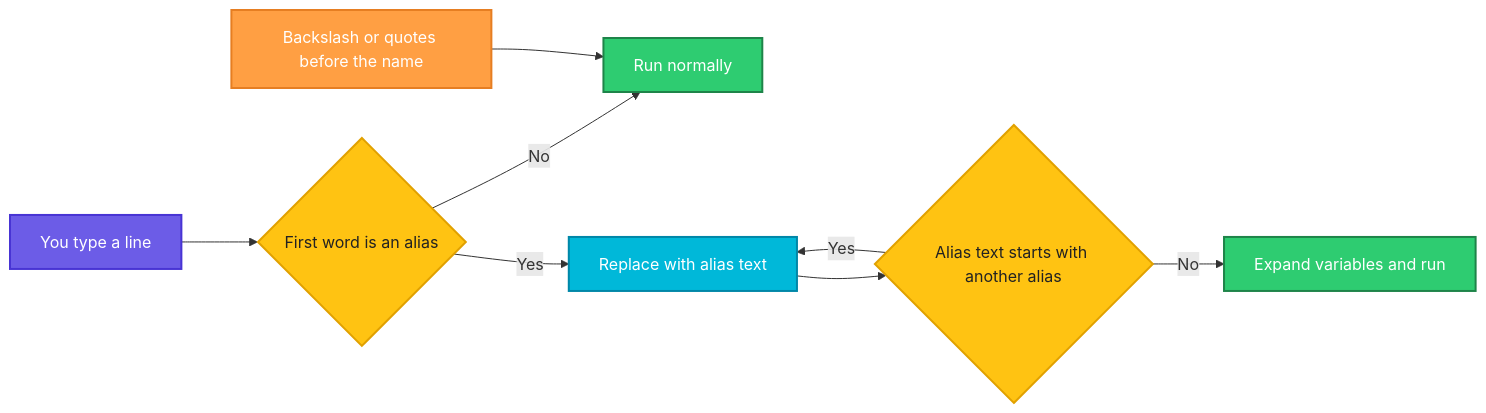
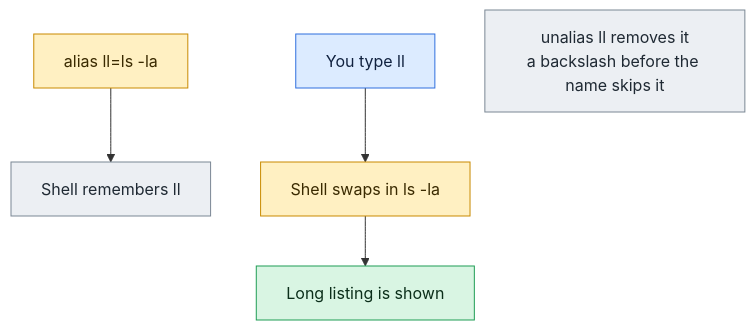
One commit to codeKerdosTech/DevOps-Documentation changed the diagram in linux/shell-basics/alias.md. Above: the diagram before and after it, drawn with Mermaid. The commit also changed other lines of this file and 165 other files, not shown here.

Commit message:
updated diagrams in linux

````diff
--- a/linux/shell-basics/alias.md
+++ b/linux/shell-basics/alias.md
@@ -18,22 +18,15 @@
 ```mermaid
-flowchart LR
-    A[You type a line] --> B{First word is an alias}
-    B -->|No| C[Run normally]
-    B -->|Yes| D[Replace with alias text]
-    D --> E{Alias text starts with another alias}
-    E -->|Yes| D
-    E -->|No| F[Expand variables and run]
-    G[Backslash or quotes before the name] --> C
-    classDef start fill:#6C5CE7,stroke:#4834D4,stroke-width:2px,color:#fff
-    classDef proc fill:#00B8D9,stroke:#0087A8,stroke-width:2px,color:#fff
-    classDef dec fill:#FFC312,stroke:#E1A100,stroke-width:2px,color:#222
-    classDef ok fill:#2ECC71,stroke:#1E8449,stroke-width:2px,color:#fff
-    classDef err fill:#FF4757,stroke:#C0392B,stroke-width:2px,color:#fff
-    classDef out fill:#FD79A8,stroke:#E84393,stroke-width:2px,color:#fff
-    classDef alt fill:#FF9F43,stroke:#E67E22,stroke-width:2px,color:#fff
-    class A start
-    class B,E dec
-    class D proc
-    class C,F ok
-    class G alt
+flowchart TD
+    c1[alias ll=ls -la] --> n1[Shell remembers ll]
+    i1[You type ll] --> c2[Shell swaps in ls -la] --> o1[Long listing is shown]
+    n2[unalias ll removes it<br/>a backslash before the name skips it]
+    classDef inp fill:#DCEBFF,stroke:#2F6FDE,color:#10213F
+    classDef cmd fill:#FFF0C2,stroke:#C98A00,color:#3A2A00
+    classDef out fill:#D9F5E3,stroke:#1F9D55,color:#0B2E1A
+    classDef bad fill:#FDE0E0,stroke:#D13B3B,color:#4A0F0F
+    classDef note fill:#ECEFF3,stroke:#7B8794,color:#1F2933
+    class c1,c2 cmd
+    class n1,n2 note
+    class i1 inp
+    class o1 out
 ```
````
